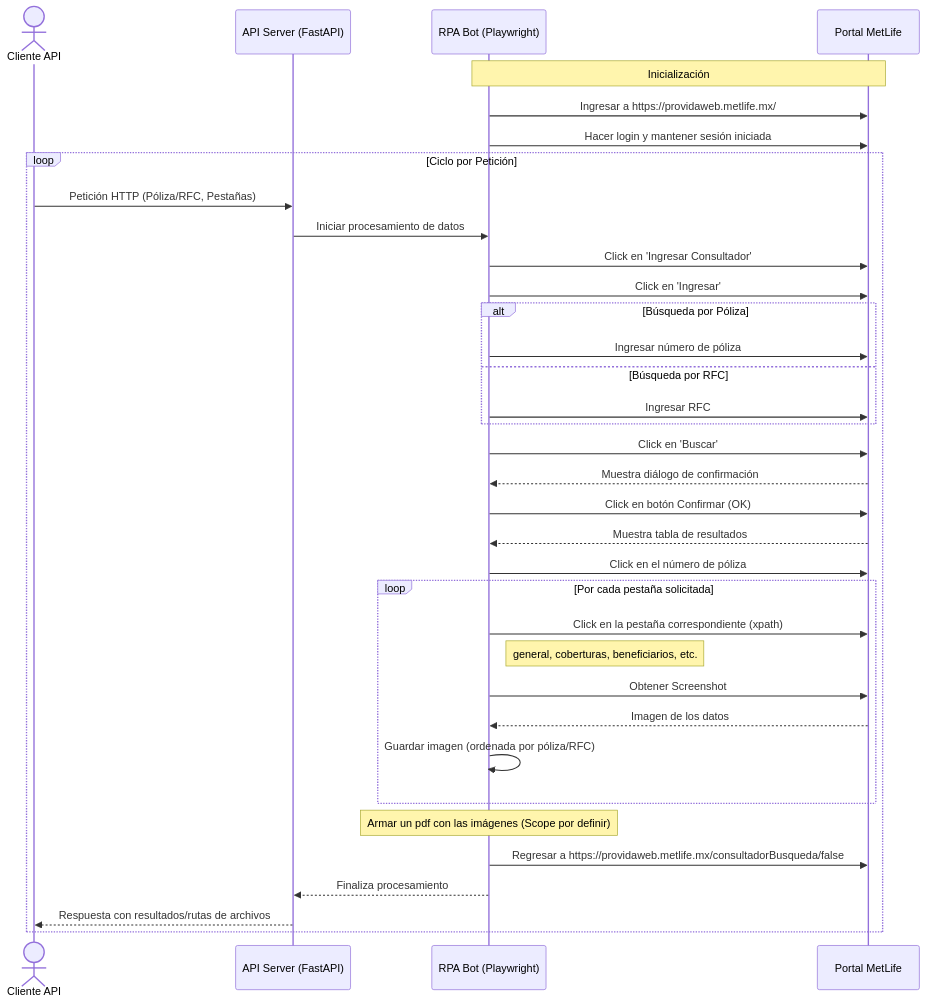
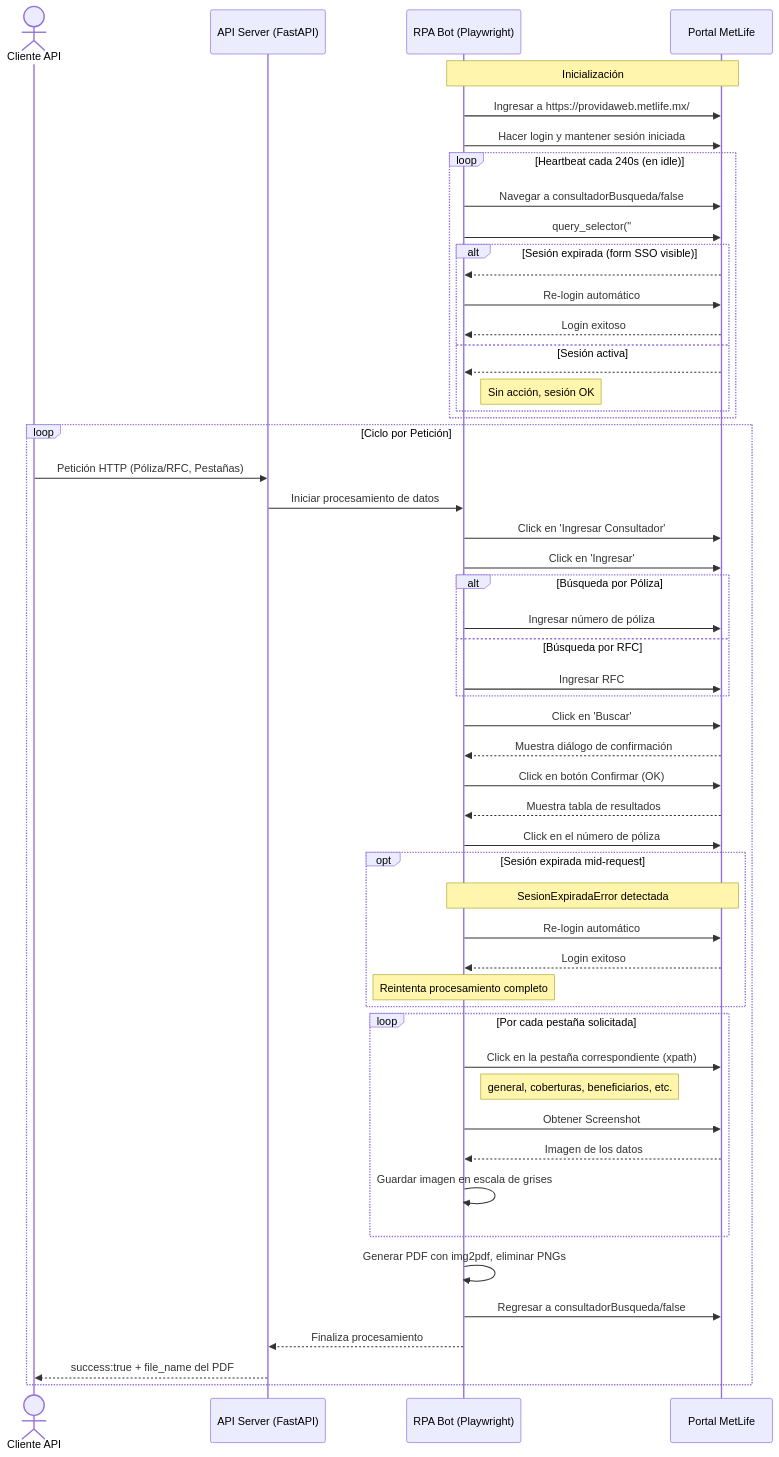
One commit to sistemaskc/hermes2 changed the diagram in Diagrama_Secuencia.md. Above: the diagram before and after it, drawn with Mermaid. The commit also changed 2 other files, not shown here.

Commit message:
docs: update diagrams and README for session recovery behavior
- README.md: add session recovery section explaining heartbeat idle
  detection and mid-request auto-retry transparently to client.
- Diagrama_Secuencia.md: add heartbeat loop with DOM check (#username)
  and mid-request SesionExpiradaError recovery path.
- Diagrama_Proceso.md: add Heartbeat subgraph and recovery node in
  request cycle. Remove "Scope por definir" note on PDF generation.

````diff
--- a/Diagrama_Secuencia.md
+++ b/Diagrama_Secuencia.md
@@ -3,47 +3,67 @@
 ```mermaid
 sequenceDiagram
     actor ClienteAPI as Cliente API
     participant Server as API Server (FastAPI)
     participant Bot as RPA Bot (Playwright)
     participant Portal as Portal MetLife
-    
+
     Note over Bot, Portal: Inicialización
     Bot->>Portal: Ingresar a https://providaweb.metlife.mx/
     Bot->>Portal: Hacer login y mantener sesión iniciada
-    
+
+    loop Heartbeat cada 240s (en idle)
+        Bot->>Portal: Navegar a consultadorBusqueda/false
+        Bot->>Portal: query_selector("#username") en DOM
+        alt Sesión expirada (form SSO visible)
+            Portal-->>Bot: #username presente en DOM
+            Bot->>Portal: Re-login automático
+            Portal-->>Bot: Login exitoso
+        else Sesión activa
+            Portal-->>Bot: #username ausente en DOM
+            Note right of Bot: Sin acción, sesión OK
+        end
+    end
+
     loop Ciclo por Petición
         ClienteAPI->>Server: Petición HTTP (Póliza/RFC, Pestañas)
         Server->>Bot: Iniciar procesamiento de datos
-        
+
         Bot->>Portal: Click en 'Ingresar Consultador'
         Bot->>Portal: Click en 'Ingresar'
-        
+
         alt Búsqueda por Póliza
             Bot->>Portal: Ingresar número de póliza
         else Búsqueda por RFC
             Bot->>Portal: Ingresar RFC
         end
-        
+
         Bot->>Portal: Click en 'Buscar'
         Portal-->>Bot: Muestra diálogo de confirmación
         Bot->>Portal: Click en botón Confirmar (OK)
-        
+
         Portal-->>Bot: Muestra tabla de resultados
         Bot->>Portal: Click en el número de póliza
-        
+
+        opt Sesión expirada mid-request
+            Note over Bot,Portal: SesionExpiradaError detectada
+            Bot->>Portal: Re-login automático
+            Portal-->>Bot: Login exitoso
+            Note over Bot: Reintenta procesamiento completo
+        end
+
         loop Por cada pestaña solicitada
             Bot->>Portal: Click en la pestaña correspondiente (xpath)
             Note right of Bot: general, coberturas, beneficiarios, etc.
             Bot->>Portal: Obtener Screenshot
             Portal-->>Bot: Imagen de los datos
-            Bot->>Bot: Guardar imagen (ordenada por póliza/RFC)
+            Bot->>Bot: Guardar imagen en escala de grises
         end
-        
-        Note over Bot: Armar un pdf con las imágenes (Scope por definir)
-        
-        Bot->>Portal: Regresar a https://providaweb.metlife.mx/consultadorBusqueda/false
-        
+
+        Bot->>Bot: Generar PDF con img2pdf, eliminar PNGs
+
+        Bot->>Portal: Regresar a consultadorBusqueda/false
+
         Bot-->>Server: Finaliza procesamiento
-        Server-->>ClienteAPI: Respuesta con resultados/rutas de archivos
+        Server-->>ClienteAPI: success:true + file_name del PDF
     end
 ```
````
